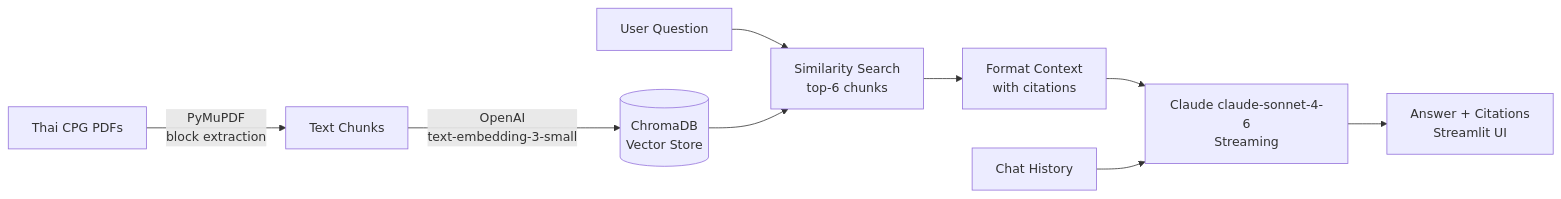
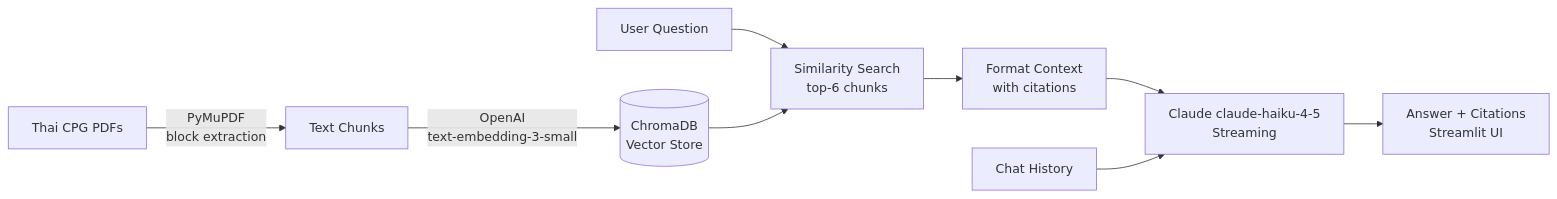
The diagram in README.md (uppa1234/ncd-cpg-assistant), drawn with Mermaid before and after one commit. The commit also changed other lines of this file, not shown here.

````diff
--- a/README.md
+++ b/README.md
@@ -31,12 +31,12 @@
 ```mermaid
 flowchart LR
     A[Thai CPG PDFs] -->|PyMuPDF\nblock extraction| B[Text Chunks]
     B -->|OpenAI\ntext-embedding-3-small| C[(ChromaDB\nVector Store)]
     
     U[User Question] --> D[Similarity Search\ntop-6 chunks]
     C --> D
     D --> E[Format Context\nwith citations]
-    E --> F[Claude claude-sonnet-4-6\nStreaming]
+    E --> F[Claude claude-haiku-4-5\nStreaming]
     H[Chat History] --> F
     F --> G[Answer + Citations\nStreamlit UI]
 ```
````
